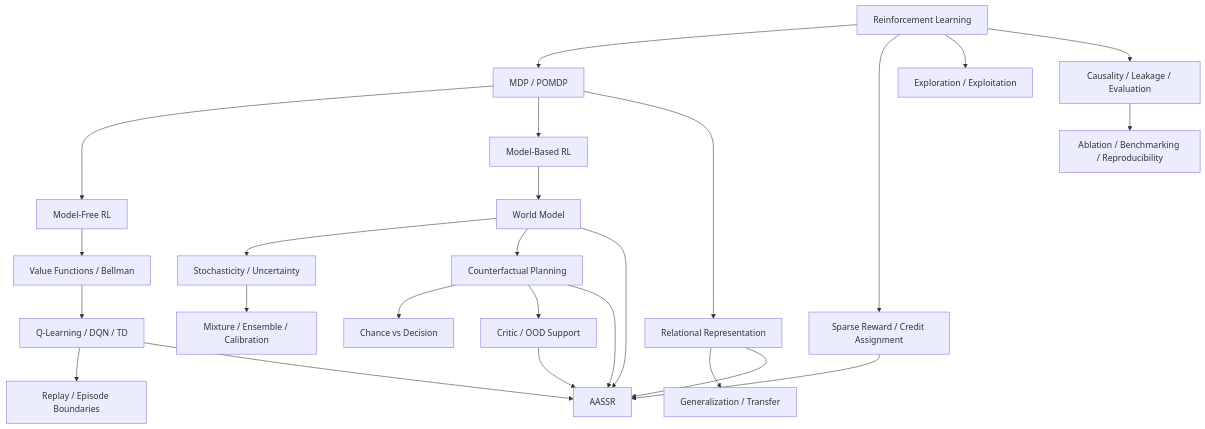
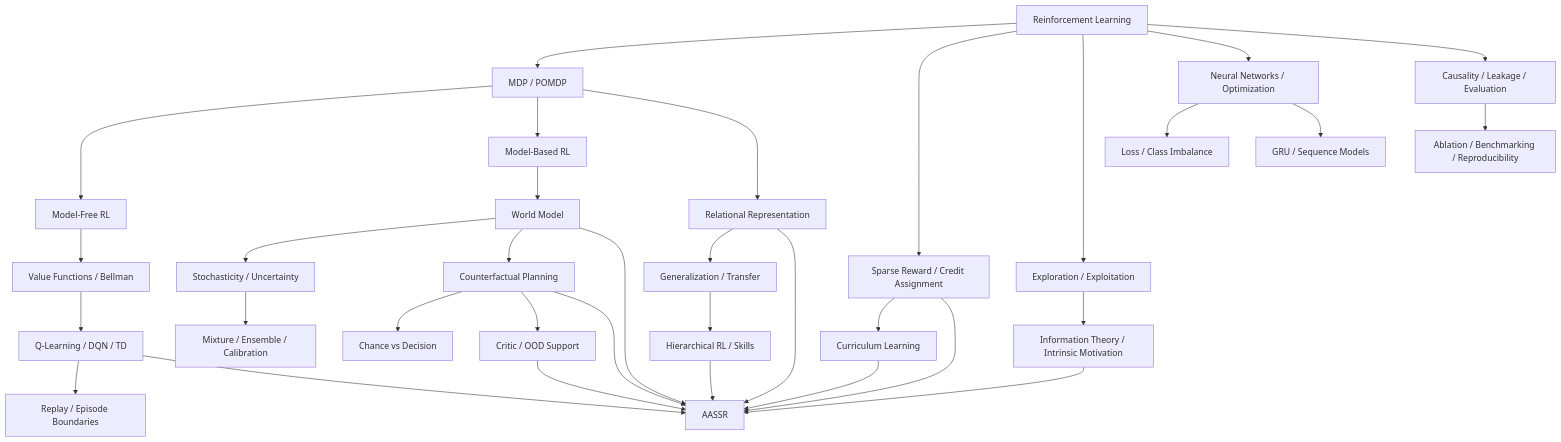
One commit to aether0xff-afk/AASSR changed the diagram in wiki/Concept-Index.md. Above: the diagram before and after it, drawn with Mermaid. The commit also changed other lines of this file, not shown here.

Commit message:
docs: expand concept graph with learning and curriculum foundations

````diff
--- a/wiki/Concept-Index.md
+++ b/wiki/Concept-Index.md
@@ -14,34 +17,45 @@
 ```mermaid
 flowchart TD
     RL[Reinforcement Learning] --> MDP[MDP / POMDP]
     RL --> SR[Sparse Reward / Credit Assignment]
     RL --> EE[Exploration / Exploitation]
+    RL --> NN[Neural Networks / Optimization]
+
+    SR --> CURR[Curriculum Learning]
+    EE --> INFO[Information Theory / Intrinsic Motivation]
 
     MDP --> MF[Model-Free RL]
     MDP --> MB[Model-Based RL]
 
     MF --> Q[Value Functions / Bellman]
     Q --> DQN[Q-Learning / DQN / TD]
     DQN --> RP[Replay / Episode Boundaries]
+
+    NN --> LOSS[Loss / Class Imbalance]
+    NN --> GRU[GRU / Sequence Models]
 
     MB --> WM[World Model]
     WM --> U[Stochasticity / Uncertainty]
     U --> MIX[Mixture / Ensemble / Calibration]
     WM --> PLAN[Counterfactual Planning]
 
     PLAN --> CHANCE[Chance vs Decision]
     PLAN --> CRITIC[Critic / OOD Support]
 
     MDP --> REP[Relational Representation]
     REP --> GEN[Generalization / Transfer]
+    GEN --> HRL[Hierarchical RL / Skills]
 
     RL --> CAUSAL[Causality / Leakage / Evaluation]
     CAUSAL --> ABL[Ablation / Benchmarking / Reproducibility]
 
     SR --> AASSR[AASSR]
     DQN --> AASSR
+    INFO --> AASSR
+    CURR --> AASSR
     WM --> AASSR
     PLAN --> AASSR
     REP --> AASSR
     CRITIC --> AASSR
+    HRL --> AASSR
 ```
````
